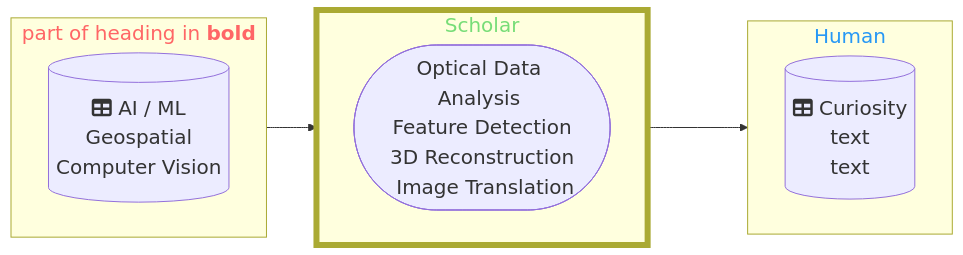
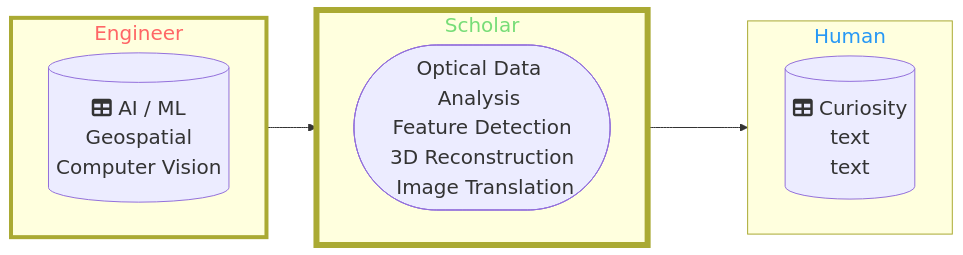
The first of 2 diagrams in README.md (DippoldEJ/DippoldEJ), drawn with Mermaid before and after one commit.

````diff
--- a/README.md
+++ b/README.md
@@ -3,33 +3,33 @@
 ```mermaid
 flowchart LR;
 %%{init: {
 	'themeVariables': { 'fontSize': '20px', 'fontFamily': 'Didot'}
 	}
 }%%
 
-subgraph n["`part of heading in **bold**`"]
+subgraph n[Engineer]
 direction LR;
         b[(fa:fa-table AI / ML <br> Geospatial <br> Computer Vision)]
     end
 
 subgraph o[Scholar]
 direction LR;
         j([Optical Data Analysis <br> Feature Detection <br> 3D Reconstruction <br> Image Translation])
 
     end
 
  subgraph p[Human]
   direction LR;
     a[(fa:fa-table Curiosity <br> text <br> text)]
     end
 
-style n color:#f66
+style n color:#f66, stroke-width:4px
 style o stroke-width:6px
 style o color:#77DD77
 style p color:#2798F5
 
 
 n-->o
 o-->p
 
 ```
````
